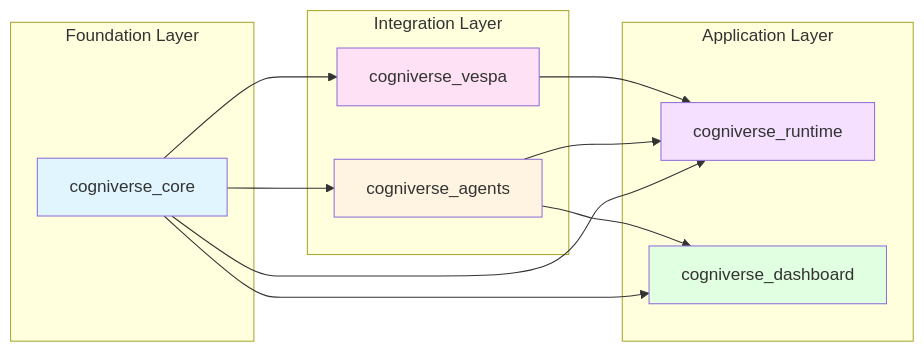
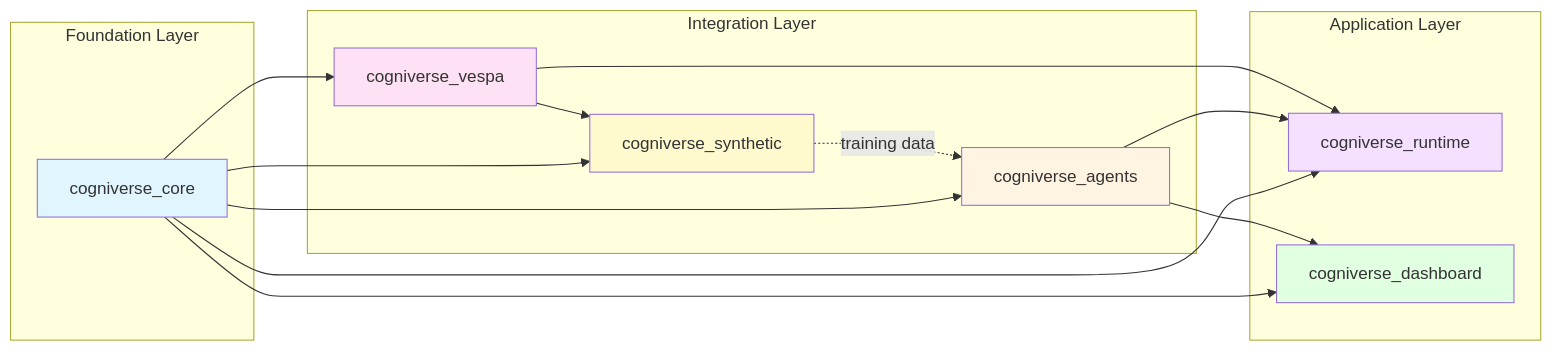
Before and after one commit to amit-jain/cogniverse: the second of 15 diagrams in docs/diagrams/sdk-architecture-diagrams.md, drawn with Mermaid. The commit also changed other lines of this file and 42 other files, not shown here.

Commit message:
Integrate synthetic data generation with all optimizers

````diff
--- a/docs/diagrams/sdk-architecture-diagrams.md
+++ b/docs/diagrams/sdk-architecture-diagrams.md
@@ -48,30 +53,35 @@
 ```mermaid
 graph LR
     subgraph "Foundation Layer"
         Core[cogniverse_core]
     end
 
     subgraph "Integration Layer"
         Agents[cogniverse_agents]
         Vespa[cogniverse_vespa]
+        Synthetic[cogniverse_synthetic]
     end
 
     subgraph "Application Layer"
         Runtime[cogniverse_runtime]
         Dashboard[cogniverse_dashboard]
     end
 
     Core --> Agents
     Core --> Vespa
+    Core --> Synthetic
     Core --> Runtime
     Core --> Dashboard
+    Vespa --> Synthetic
     Agents --> Runtime
     Agents --> Dashboard
     Vespa --> Runtime
+    Synthetic -.->|training data| Agents
 
     style Core fill:#e1f5ff
     style Agents fill:#fff4e1
     style Vespa fill:#ffe1f5
+    style Synthetic fill:#fffacd
     style Runtime fill:#f5e1ff
     style Dashboard fill:#e1ffe1
 ```
````
